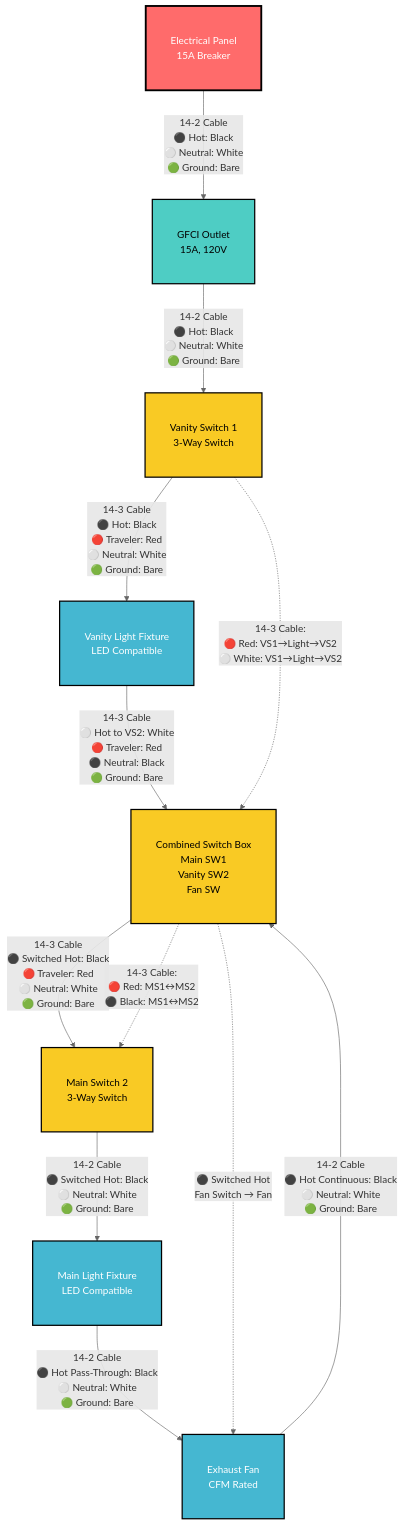
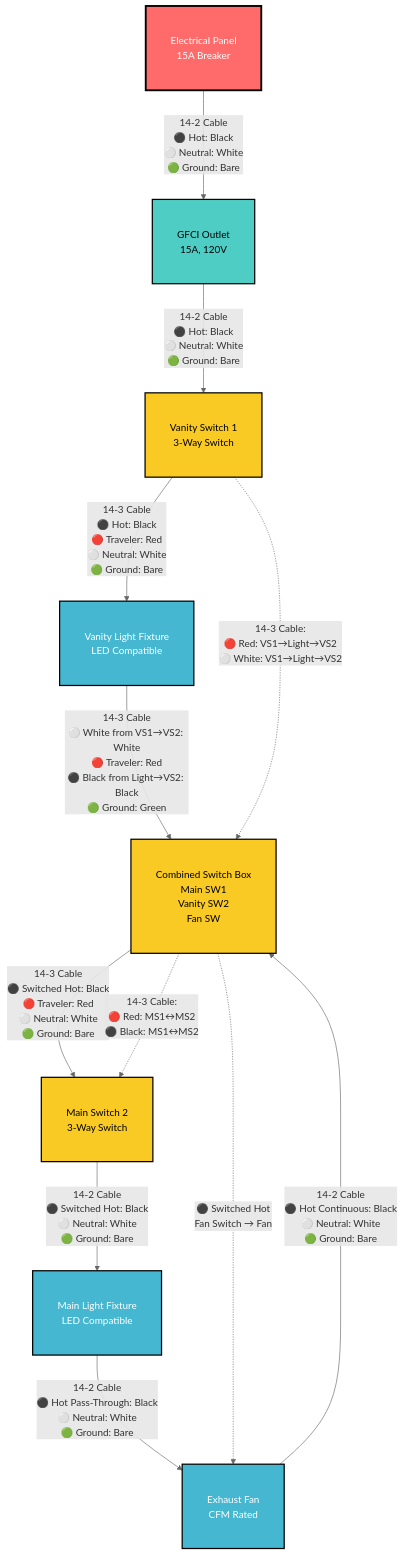
Before and after one commit to ticklemycode/electrical-wiring: the first of 8 diagrams in diagrams/mermaid-wiring-diagram.md, drawn with Mermaid. The commit also changed other lines of this file, not shown here.

````diff
--- a/diagrams/mermaid-wiring-diagram.md
+++ b/diagrams/mermaid-wiring-diagram.md
@@ -7,39 +7,39 @@
 ```mermaid
 %%{init: {'theme':'default', 'flowchart': {'nodeSpacing': 60, 'rankSpacing': 80, 'padding': 20}, 'themeVariables': {'primaryColor': '#ffffff', 'primaryTextColor': '#000000', 'primaryBorderColor': '#000000', 'lineColor': '#666666', 'sectionBkgColor': '#ffffff', 'altSectionBkgColor': '#f9f9f9', 'gridColor': '#cccccc', 'c0': '#ffffff', 'c1': '#ffffff', 'c2': '#ffffff', 'c3': '#ffffff', 'c4': '#ffffff'}}}%%
 flowchart TD
     A[Electrical Panel<br/>15A Breaker] -->|14-2 Cable<br/>⚫ Hot: Black<br/>⚪ Neutral: White<br/>🟢 Ground: Bare| B[GFCI Outlet<br/>15A, 120V]
      B -->|14-2 Cable<br/>⚫ Hot: Black<br/>⚪ Neutral: White<br/>🟢 Ground: Bare| D[Vanity Switch 1<br/>3-Way Switch]
 
     D -->|14-3 Cable<br/>⚫ Hot: Black<br/>🔴 Traveler: Red<br/>⚪ Neutral: White<br/>🟢 Ground: Bare| C[Vanity Light Fixture<br/>LED Compatible]
 
-    C -->|14-3 Cable<br/>⚪ Hot to VS2: White<br/>🔴 Traveler: Red<br/>⚫ Neutral: Black<br/>🟢 Ground: Bare| E[Combined Switch Box<br/>Main SW1<br/>Vanity SW2<br/>Fan SW]
+    C -->|14-3 Cable<br/>⚪ White from VS1→VS2: White<br/>🔴 Traveler: Red<br/>⚫ Black from Light→VS2: Black<br/>🟢 Ground: Green| E[Combined Switch Box<br/>Main SW1<br/>Vanity SW2<br/>Fan SW]
 
     E -->|14-3 Cable<br/>⚫ Switched Hot: Black<br/>🔴 Traveler: Red<br/>⚪ Neutral: White<br/>🟢 Ground: Bare| F[Main Switch 2<br/>3-Way Switch]
 
     F -->|14-2 Cable<br/>⚫ Switched Hot: Black<br/>⚪ Neutral: White<br/>🟢 Ground: Bare| G[Main Light Fixture<br/>LED Compatible]
 
     G -->|14-2 Cable<br/>⚫ Hot Pass-Through: Black<br/>⚪ Neutral: White<br/>🟢 Ground: Bare| H[Exhaust Fan<br/>CFM Rated]
     
     H -->|14-2 Cable<br/>⚫ Hot Continuous: Black<br/>⚪ Neutral: White<br/>🟢 Ground: Bare| E
     
     %% Fan Control Wire
     E -.->|⚫ Switched Hot<br/>Fan Switch → Fan| H
     
     %% 3-Way Traveler Wires - 14-3 Cable Note
     D -.->|14-3 Cable:<br/>🔴 Red: VS1→Light→VS2<br/>⚪ White: VS1→Light→VS2| E
     E -.->|14-3 Cable:<br/>🔴 Red: MS1↔MS2<br/>⚫ Black: MS1↔MS2| F
     
     %% Styling
     classDef boxPadding padding:10px 15px
     classDef panelStyle fill:#ff6b6b,stroke:#000,stroke-width:3px,color:#fff
     classDef gfciStyle fill:#4ecdc4,stroke:#000,stroke-width:2px,color:#000
     classDef fixtureStyle fill:#45b7d1,stroke:#000,stroke-width:2px,color:#fff
     classDef switchStyle fill:#f9ca24,stroke:#000,stroke-width:2px,color:#000
     classDef wireStyle stroke:#666,stroke-width:2px
     
     class A,B,C,D,E,F,G,H boxPadding
     class A panelStyle
     class B gfciStyle
     class C,G,H fixtureStyle
     class D,E,F switchStyle
 ```
````
